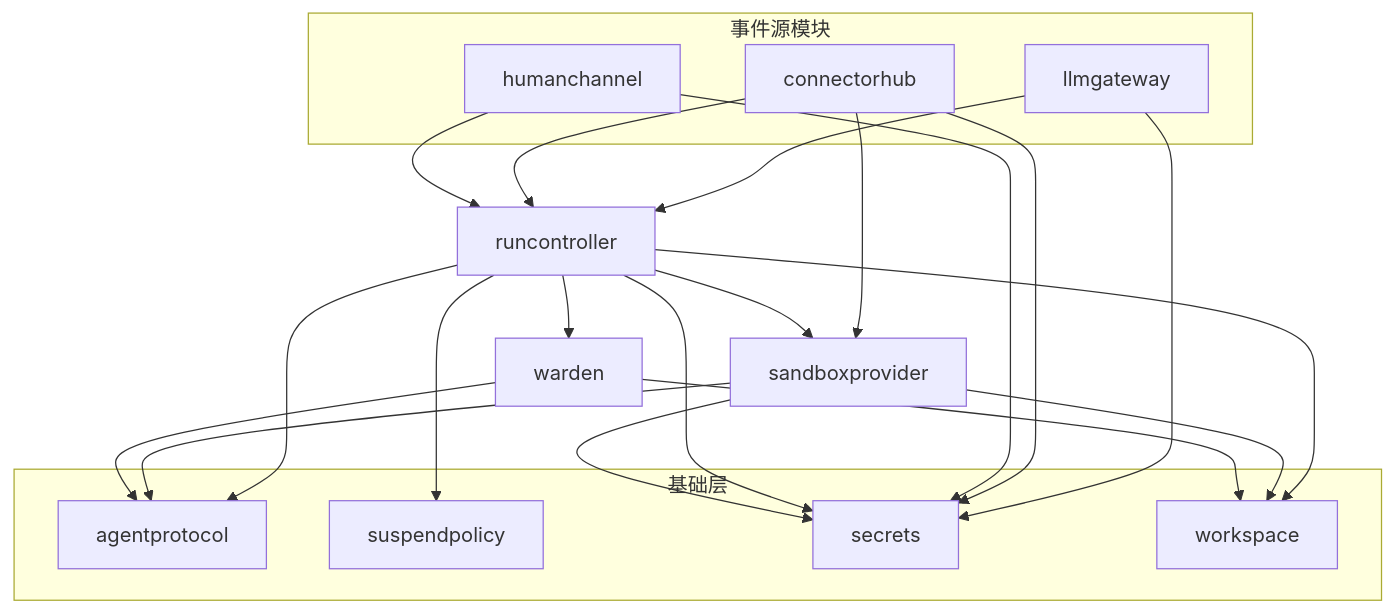
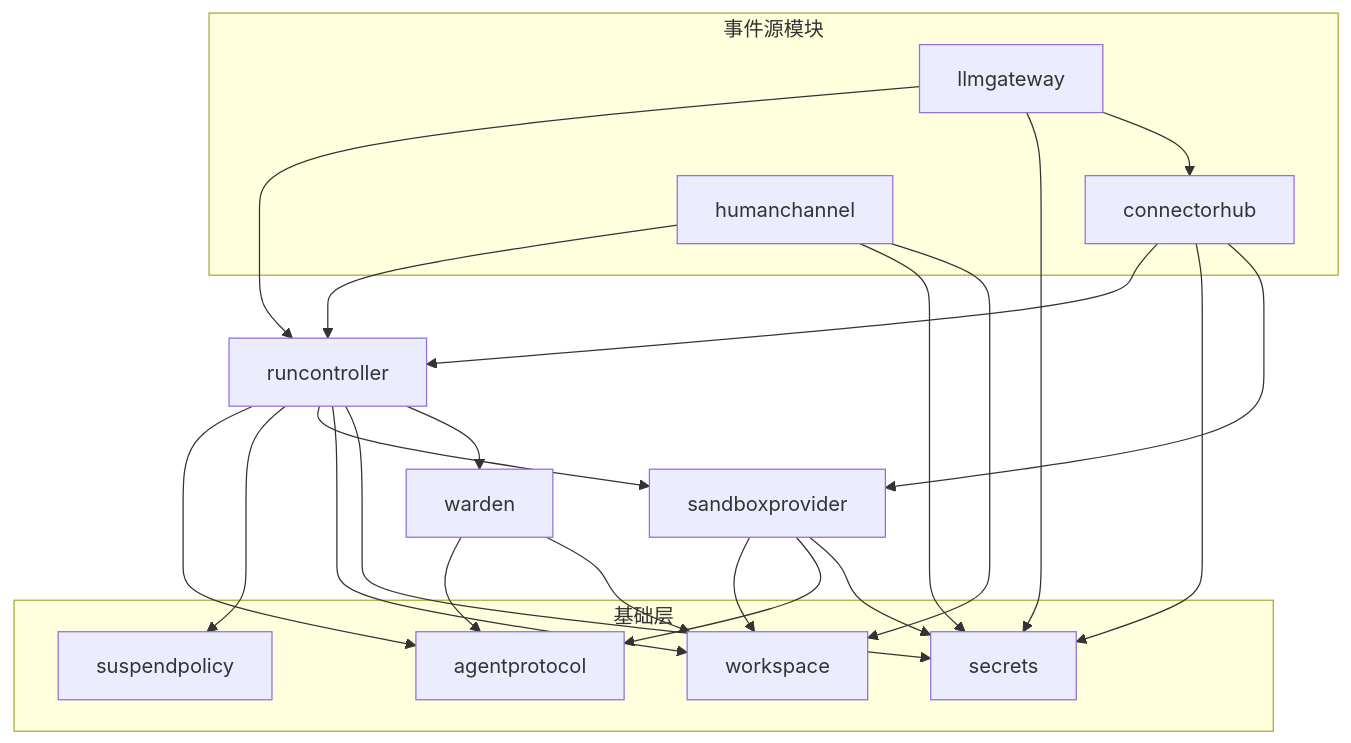
The second of 8 diagrams in docs/design/architecture.md (wangzw/castworks), drawn with Mermaid before and after one commit. The commit also changed other lines of this file and 29 other files, not shown here.

````diff
--- a/docs/design/architecture.md
+++ b/docs/design/architecture.md
@@ -103,35 +104,37 @@
 ```mermaid
 graph TD
     subgraph sources["事件源模块"]
         llmgateway
         connectorhub
         humanchannel
     end
     runcontroller
     sandboxprovider
     warden
     subgraph base["基础层"]
         agentprotocol
         suspendpolicy
         secrets
         workspace
     end
     llmgateway --> runcontroller
     llmgateway --> secrets
     connectorhub --> runcontroller
     connectorhub --> secrets
     connectorhub --> sandboxprovider
+    llmgateway --> connectorhub
     humanchannel --> runcontroller
     humanchannel --> secrets
+    humanchannel --> workspace
     runcontroller --> agentprotocol
     runcontroller --> suspendpolicy
     runcontroller --> sandboxprovider
     runcontroller --> workspace
     runcontroller --> secrets
     runcontroller --> warden
     sandboxprovider --> workspace
     sandboxprovider --> agentprotocol
     sandboxprovider --> secrets
     warden --> agentprotocol
     warden --> workspace
 ```
````
